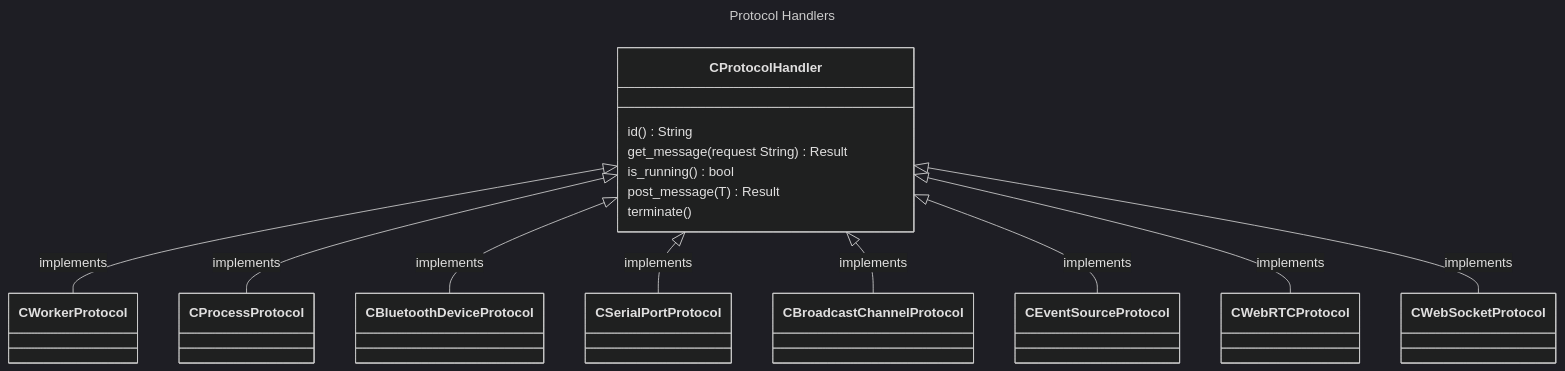
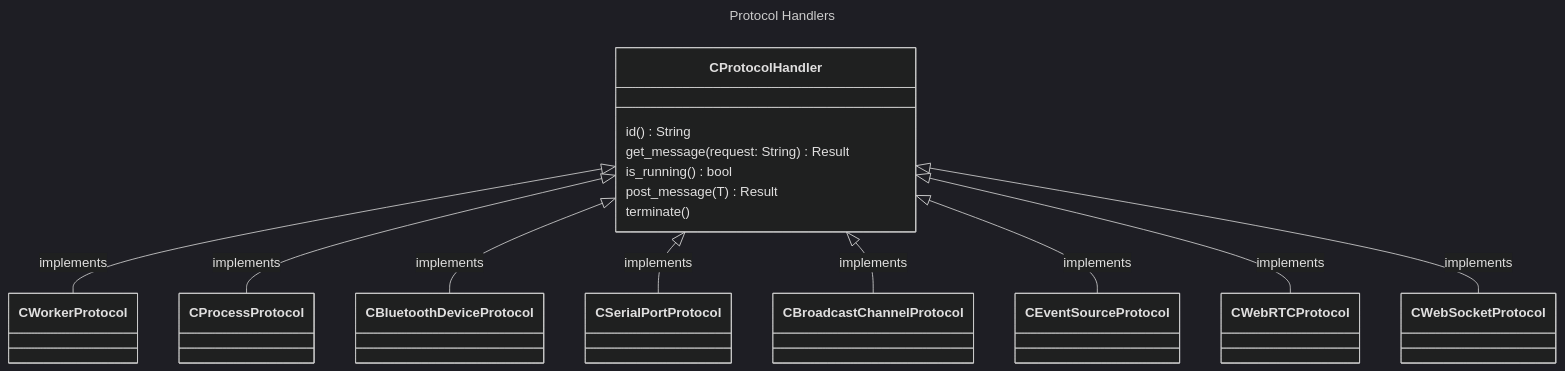
One commit to CodeMelted/codemelted.rs changed the diagram in mdbook/src/1.0_functional-decomposition.md. Above: the diagram before and after it, drawn with Mermaid (dark theme). The commit also changed other lines of this file and 21 other files, not shown here.

````diff
--- a/mdbook/src/1.0_functional-decomposition.md
+++ b/mdbook/src/1.0_functional-decomposition.md
@@ -32,30 +38,30 @@
 ```mermaid
 ---
 title: Protocol Handlers
 ---
 classDiagram
   direction BT
   class CProtocolHandler {
     id() String
-    get_message(request String) Result
+    get_message(request: String) Result
     is_running() bool
     post_message(T) Result
     terminate()
   }
   class CWorkerProtocol
   class CProcessProtocol
   class CBluetoothDeviceProtocol
   class CSerialPortProtocol
   class CBroadcastChannelProtocol
   class CEventSourceProtocol
   class CWebRTCProtocol
   class CWebSocketProtocol
   CWorkerProtocol --|> CProtocolHandler: implements
   CProcessProtocol --|> CProtocolHandler: implements
   CBluetoothDeviceProtocol --|> CProtocolHandler: implements
   CSerialPortProtocol --|> CProtocolHandler: implements
   CBroadcastChannelProtocol --|> CProtocolHandler: implements
   CEventSourceProtocol --|> CProtocolHandler: implements
   CWebRTCProtocol --|> CProtocolHandler: implements
   CWebSocketProtocol --|> CProtocolHandler: implements
 ```
````
